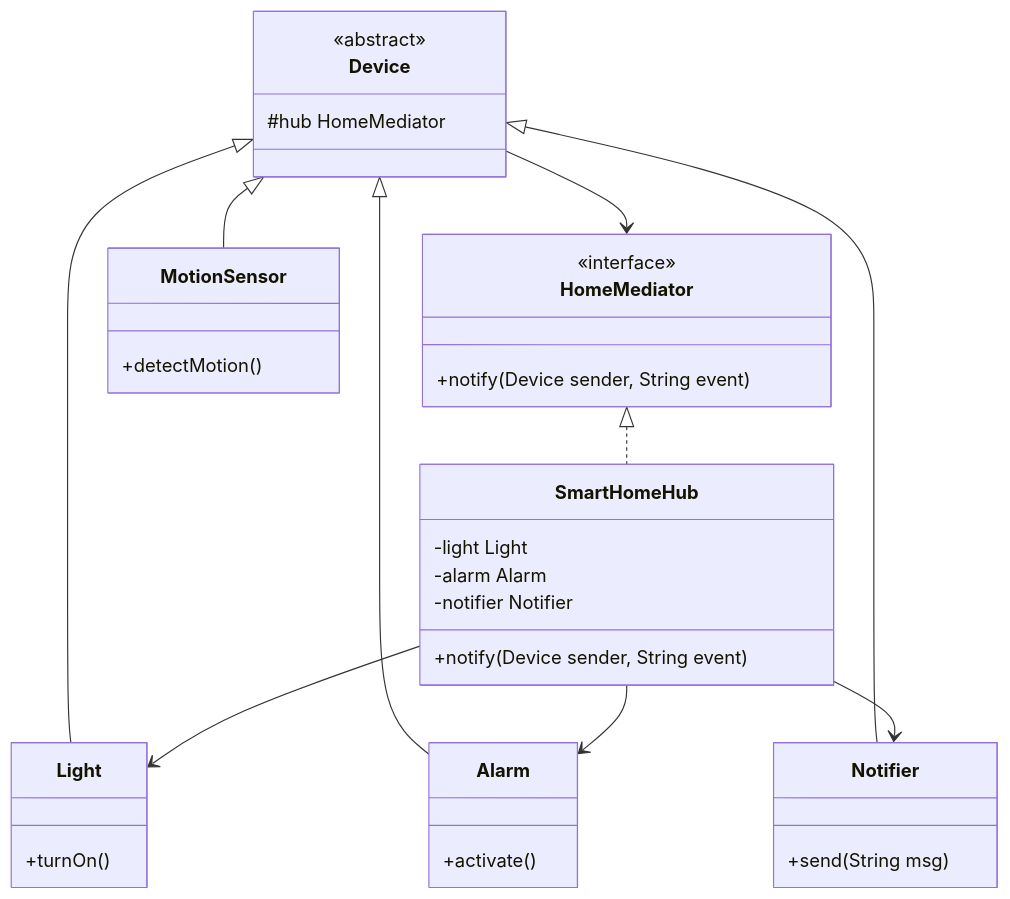
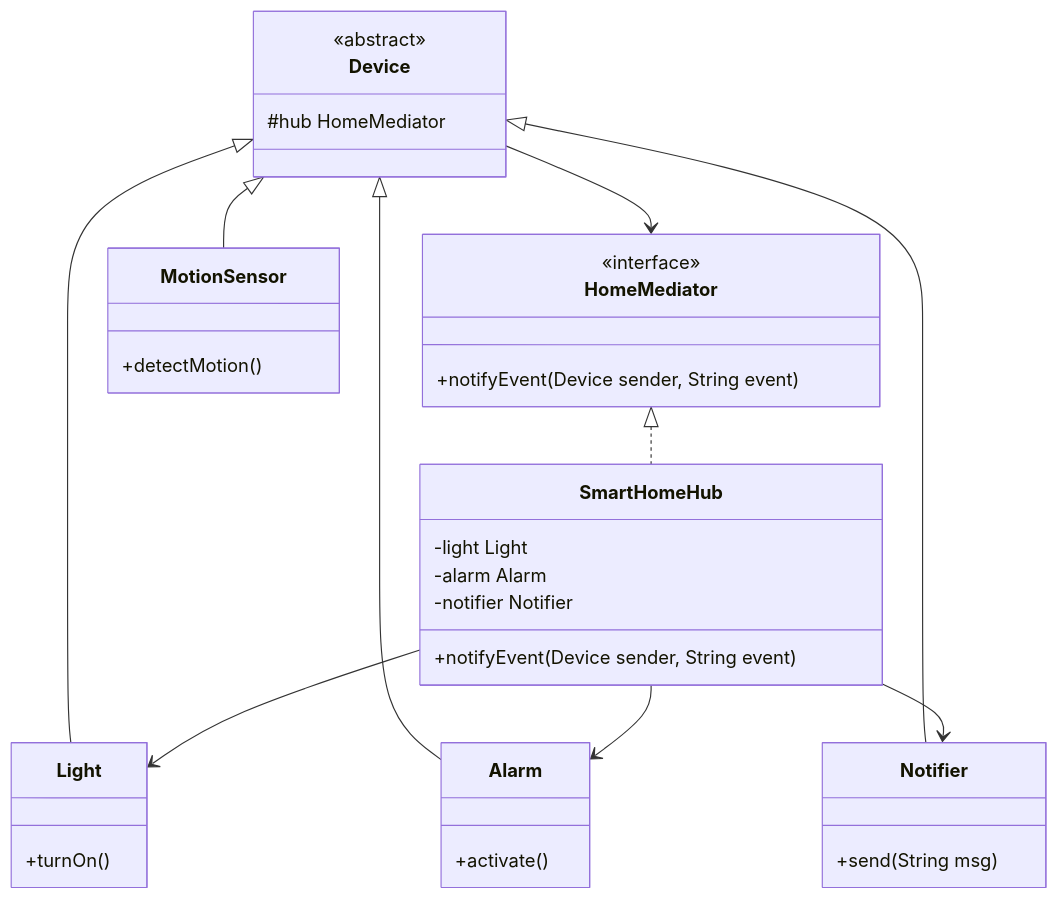
Before and after one commit to TJ-Paul/CSE213-SWE-TF: the third of 7 diagrams in 03 TF Solves/TF 2023-24 (May 2026 paper).md, drawn with Mermaid. The commit also changed other lines of this file and 18 other files, not shown here.

````diff
--- a/03 TF Solves/TF 2023-24 (May 2026 paper).md
+++ b/03 TF Solves/TF 2023-24 (May 2026 paper).md
@@ -519,38 +525,38 @@
 ```mermaid
 classDiagram
     class HomeMediator {
         <<interface>>
-        +notify(Device sender, String event)
+        +notifyEvent(Device sender, String event)
     }
     class SmartHomeHub {
         -light Light
         -alarm Alarm
         -notifier Notifier
-        +notify(Device sender, String event)
+        +notifyEvent(Device sender, String event)
     }
     class Device {
         <<abstract>>
         #hub HomeMediator
     }
     class MotionSensor {
         +detectMotion()
     }
     class Light {
         +turnOn()
     }
     class Alarm {
         +activate()
     }
     class Notifier {
         +send(String msg)
     }
     HomeMediator <|.. SmartHomeHub
     Device <|-- MotionSensor
     Device <|-- Light
     Device <|-- Alarm
     Device <|-- Notifier
     Device --> HomeMediator
     SmartHomeHub --> Light
     SmartHomeHub --> Alarm
     SmartHomeHub --> Notifier
 ```
````
